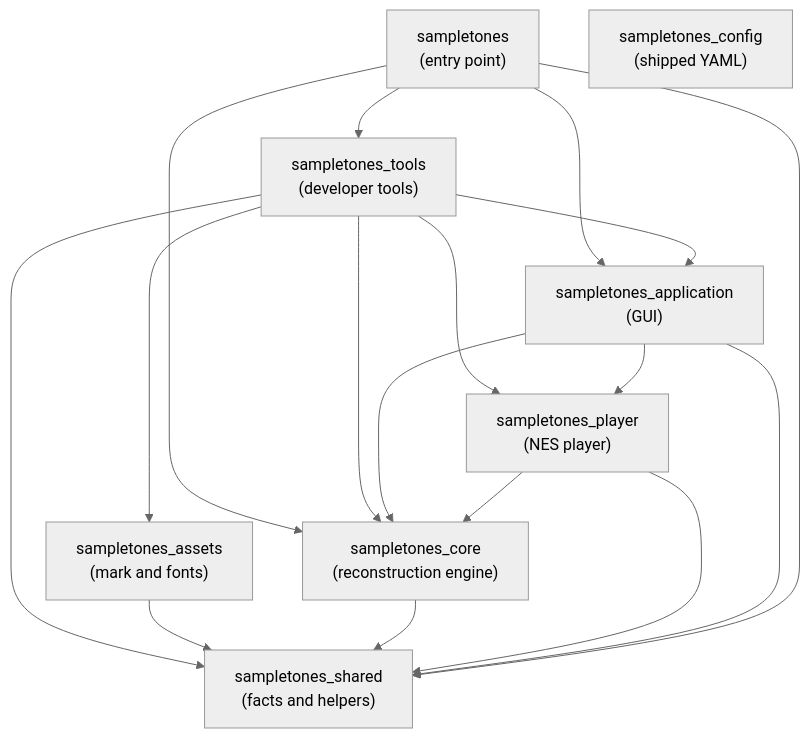
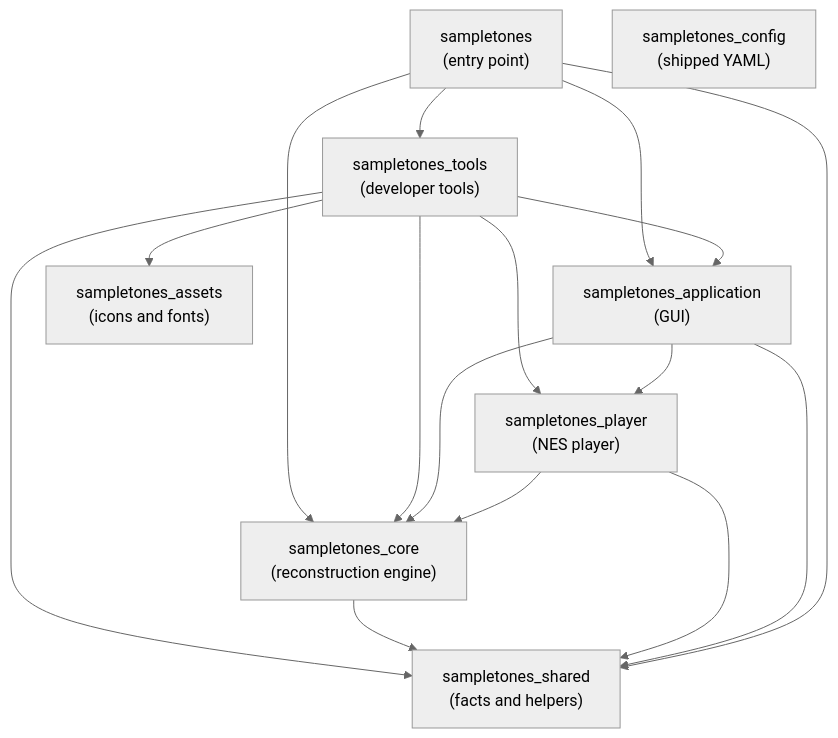
The diagram in docs/development/packages.md (JakimPL/SampleToNES), drawn with Mermaid (neutral theme) before and after one commit. The commit also changed other lines of this file and 40 other files, not shown here.

````diff
--- a/docs/development/packages.md
+++ b/docs/development/packages.md
@@ -17,28 +17,27 @@
 ```mermaid
 graph TD
     ENTRY["sampletones\n(entry point)"]
     TOOLS["sampletones_tools\n(developer tools)"]
     APP["sampletones_application\n(GUI)"]
     PLAYER["sampletones_player\n(NES player)"]
     CORE["sampletones_core\n(reconstruction engine)"]
-    ASSETS["sampletones_assets\n(mark and fonts)"]
+    ASSETS["sampletones_assets\n(icons and fonts)"]
     SHARED["sampletones_shared\n(facts and helpers)"]
     CONFIG["sampletones_config\n(shipped YAML)"]
 
     ENTRY --> APP
     ENTRY --> CORE
     ENTRY --> TOOLS
     TOOLS --> APP
     TOOLS --> PLAYER
     TOOLS --> CORE
     TOOLS --> ASSETS
     TOOLS --> SHARED
     APP --> PLAYER
     APP --> CORE
     PLAYER --> CORE
-    ASSETS --> SHARED
     CORE --> SHARED
     PLAYER --> SHARED
     APP --> SHARED
     ENTRY --> SHARED
 ```
````
